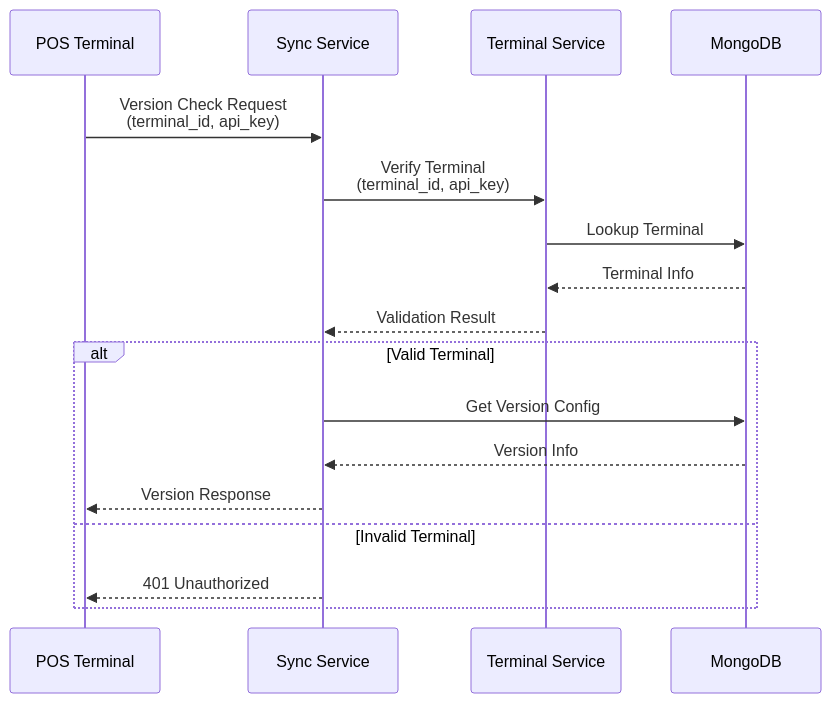
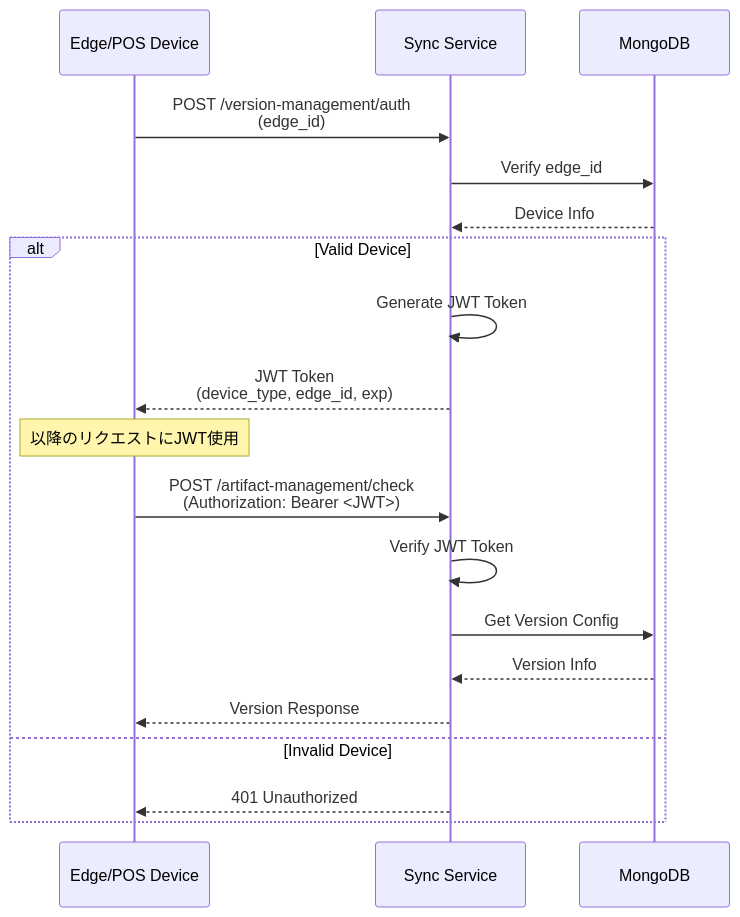
One commit to gaocuiping/kugelpos-stpos-docs-new changed diagram 12 of 14 in notes/2-upgrade/03_アーキテクチャ解説書.md. Above: the diagram before and after it, drawn with Mermaid. The commit also changed other lines of this file and 2 other files, not shown here.

First line of the commit message:
docs: Update version check interval to 15 minutes

````diff
--- a/notes/2-upgrade/03_アーキテクチャ解説書.md
+++ b/notes/2-upgrade/03_アーキテクチャ解説書.md
@@ -893,20 +1211,25 @@
 ```mermaid
 sequenceDiagram
-    participant POS as POS Terminal
+    participant DEVICE as Edge/POS Device
     participant Sync as Sync Service
-    participant Term as Terminal Service
     participant DB as MongoDB
 
-    POS->>Sync: Version Check Request<br/>(terminal_id, api_key)
-    Sync->>Term: Verify Terminal<br/>(terminal_id, api_key)
-    Term->>DB: Lookup Terminal
-    DB-->>Term: Terminal Info
-    Term-->>Sync: Validation Result
-    alt Valid Terminal
+    DEVICE->>Sync: POST /version-management/auth<br/>(edge_id)
+    Sync->>DB: Verify edge_id
+    DB-->>Sync: Device Info
+
+    alt Valid Device
+        Sync->>Sync: Generate JWT Token
+        Sync-->>DEVICE: JWT Token<br/>(device_type, edge_id, exp)
+
+        Note over DEVICE: 以降のリクエストにJWT使用
+
+        DEVICE->>Sync: POST /artifact-management/check<br/>(Authorization: Bearer <JWT>)
+        Sync->>Sync: Verify JWT Token
         Sync->>DB: Get Version Config
         DB-->>Sync: Version Info
-        Sync-->>POS: Version Response
-    else Invalid Terminal
-        Sync-->>POS: 401 Unauthorized
+        Sync-->>DEVICE: Version Response
+    else Invalid Device
+        Sync-->>DEVICE: 401 Unauthorized
     end
 ```
````
